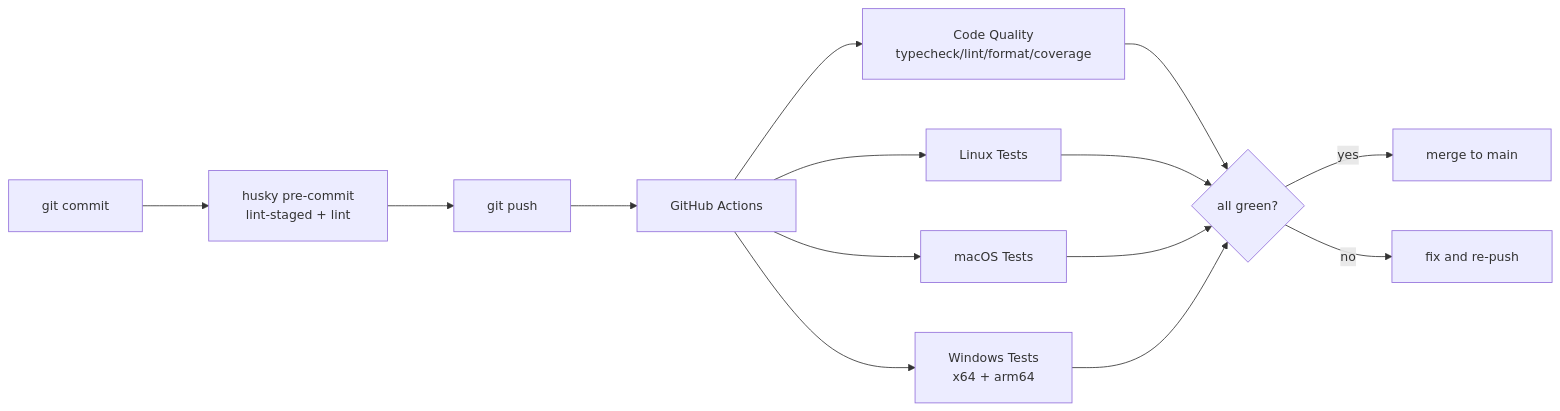
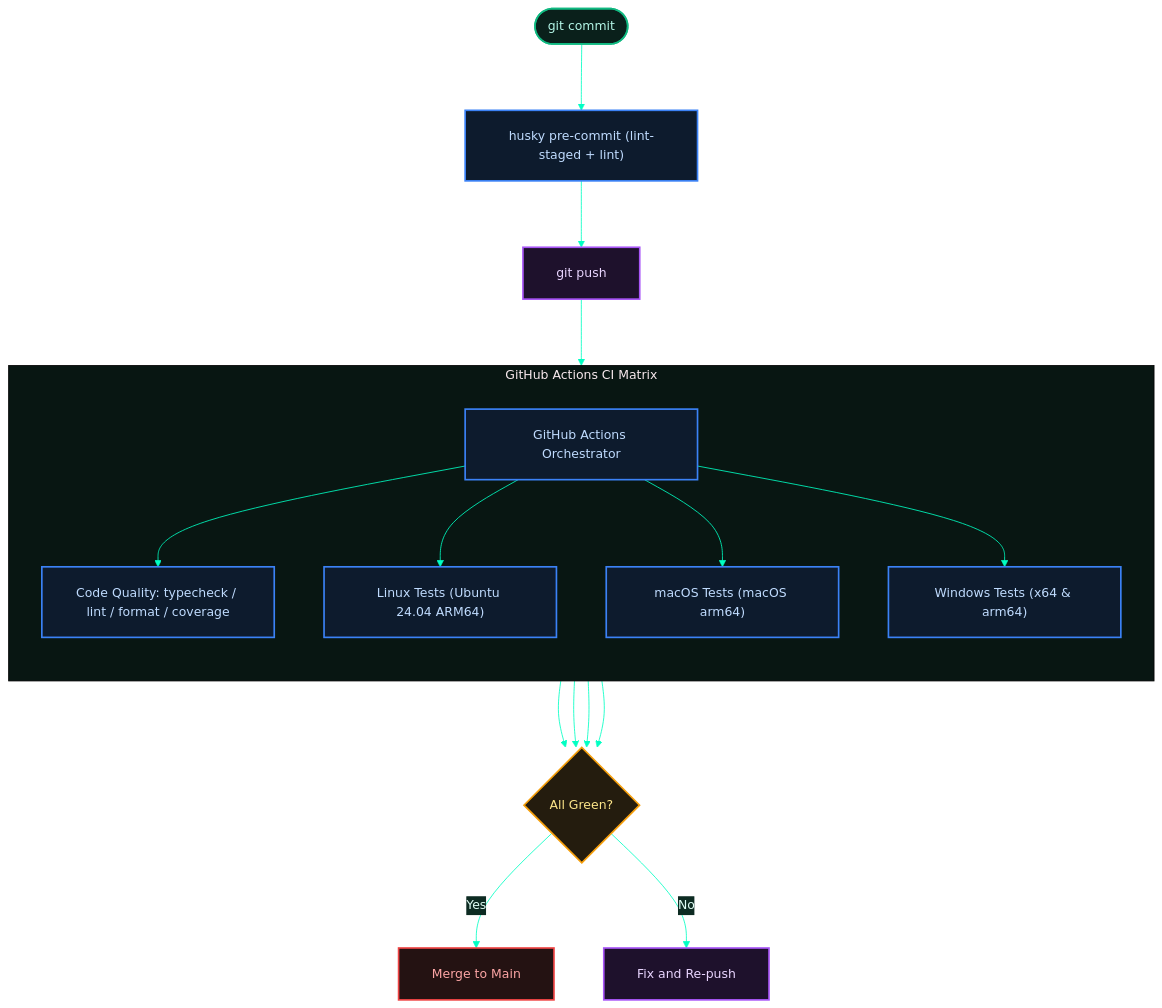
Before and after one commit to proxai/proxai_gateway: the first of 2 diagrams in docs/07-platform-and-deployment/7.4-ci-cd-pipeline.md, drawn with Mermaid. The commit also changed other lines of this file and 65 other files, not shown here.

````diff
--- a/docs/07-platform-and-deployment/7.4-ci-cd-pipeline.md
+++ b/docs/07-platform-and-deployment/7.4-ci-cd-pipeline.md
@@ -19,17 +21,42 @@
 ```mermaid
-%%{init: {'flowchart': {'useMaxWidth': false, 'htmlLabels': true, 'curve': 'basis', 'nodeSpacing': 60, 'rankSpacing': 80, 'padding': 20}, 'sequence': {'useMaxWidth': false, 'mirrorActors': false, 'actorMargin': 100, 'messageMargin': 50, 'boxMargin': 20, 'wrap': true}, 'stateDiagram': {'useMaxWidth': false, 'nodeSpacing': 60, 'rankSpacing': 80}, 'themeVariables': {'fontSize': '15px'}}}%%
-flowchart LR
-  commit[git commit] --> husky[husky pre-commit<br/>lint-staged + lint]
-  husky --> push[git push]
-  push --> ci[GitHub Actions]
-  ci --> cq[Code Quality<br/>typecheck/lint/format/coverage]
-  ci --> tlin[Linux Tests]
-  ci --> tmac[macOS Tests]
-  ci --> twin[Windows Tests<br/>x64 + arm64]
-  cq --> green{all green?}
+%%{init: {'theme': 'base', 'flowchart': {'useMaxWidth': false, 'htmlLabels': true, 'curve': 'basis', 'nodeSpacing': 60, 'rankSpacing': 80, 'padding': 20}, 'themeVariables': {'background': '#081612', 'primaryColor': '#081612', 'primaryTextColor': '#e0fdf5', 'primaryBorderColor': '#00ffc3', 'lineColor': '#00ffc3', 'secondaryColor': '#0d2b22', 'tertiaryColor': '#081612', 'fontSize': '15px'}}}%%
+flowchart TD
+  commit([git commit]) --> husky["husky pre-commit (lint-staged + lint)"]
+  husky --> push["git push"]
+  push --> ci["GitHub Actions Orchestrator"]
+
+  subgraph CI ["GitHub Actions CI Matrix"]
+    direction TB
+    ci --> cq["Code Quality: typecheck / lint / format / coverage"]
+    ci --> tlin["Linux Tests (Ubuntu 24.04 ARM64)"]
+    ci --> tmac["macOS Tests (macOS arm64)"]
+    ci --> twin["Windows Tests (x64 & arm64)"]
+  end
+
+  cq --> green{"All Green?"}
   tlin --> green
   tmac --> green
   twin --> green
-  green -->|yes| merge[merge to main]
-  green -->|no| fix[fix and re-push]
+
+  green -->|Yes| merge["Merge to Main"]
+  green -->|No| fix["Fix and Re-push"]
+
+  classDef startNode fill:#0a201b,stroke:#10b981,stroke-width:2px,color:#b3f5e6;
+  classDef stopNode fill:#241212,stroke:#ef4444,stroke-width:2px,color:#fca5a5;
+  classDef decNode fill:#241c0e,stroke:#f59e0b,stroke-width:2px,color:#fde68a;
+  classDef processNode fill:#0d1b2d,stroke:#3b82f6,stroke-width:2px,color:#bfdbfe;
+  classDef actionNode fill:#1e112c,stroke:#a855f7,stroke-width:2px,color:#e9d5ff;
+  classDef default fill:#0a201b,stroke:#14b8a6,stroke-width:2px,color:#ccfbf1;
+
+  class commit startNode;
+  class husky processNode;
+  class push actionNode;
+  class ci processNode;
+  class cq processNode;
+  class tlin processNode;
+  class tmac processNode;
+  class twin processNode;
+  class green decNode;
+  class merge stopNode;
+  class fix actionNode;
 ```
````
